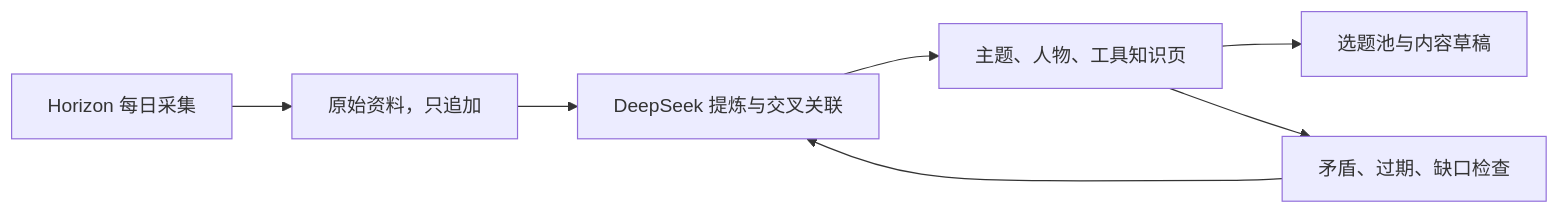
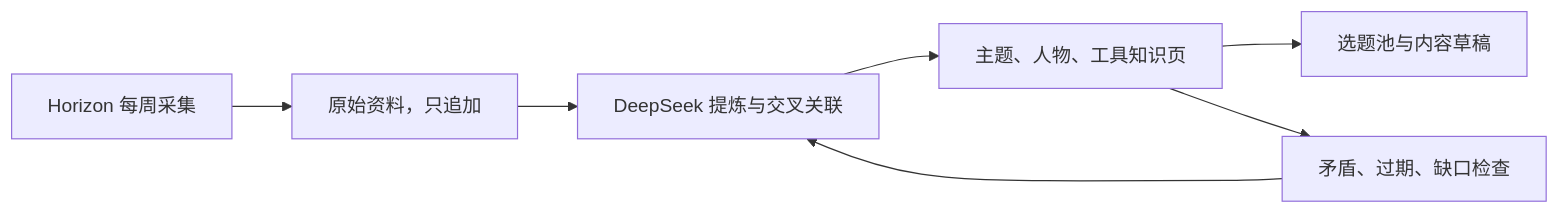
The diagram in knowledge-base/README.md (aaawangbo/Horizon), drawn with Mermaid before and after one commit. The commit also changed other lines of this file and 6 other files, not shown here.

````diff
--- a/knowledge-base/README.md
+++ b/knowledge-base/README.md
@@ -5,9 +5,9 @@
 ```mermaid
 flowchart LR
-    A["Horizon 每日采集"] --> B["原始资料，只追加"]
+    A["Horizon 每周采集"] --> B["原始资料，只追加"]
     B --> C["DeepSeek 提炼与交叉关联"]
     C --> D["主题、人物、工具知识页"]
     D --> E["选题池与内容草稿"]
     D --> F["矛盾、过期、缺口检查"]
     F --> C
 ```
````
